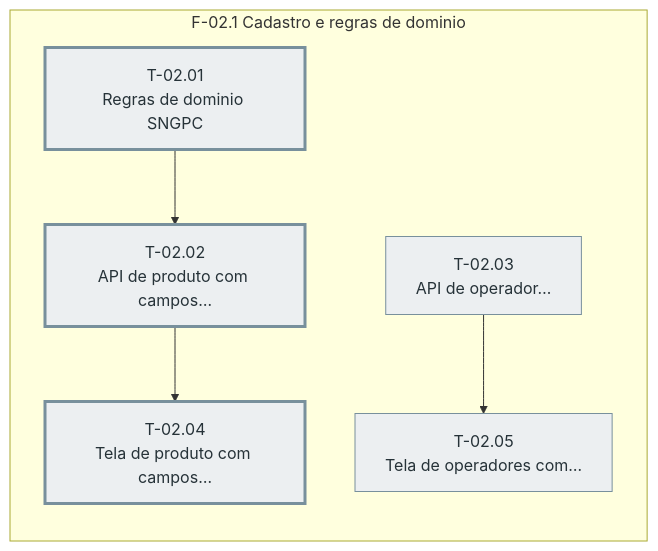
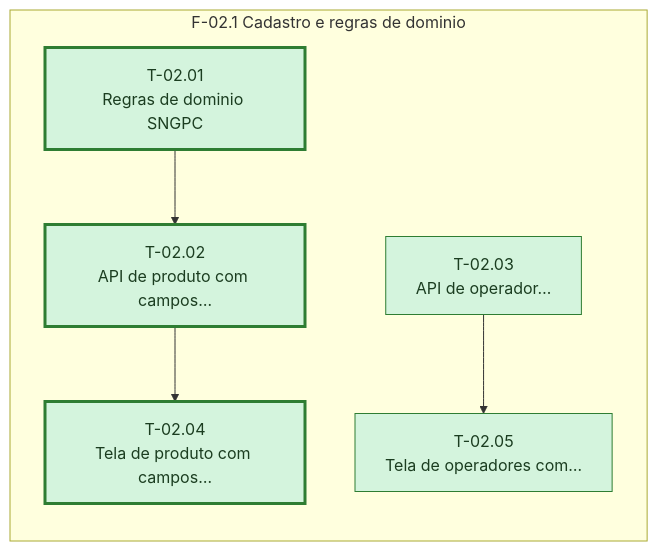
The diagram in docs/sprintx/features/farmacia-controlados/sprint-02/tasks.md (jonathasGodinho/jgsistemas-PDV), drawn with Mermaid before and after one commit. The commit also changed other lines of this file and 10 other files, not shown here.

````diff
--- a/docs/sprintx/features/farmacia-controlados/sprint-02/tasks.md
+++ b/docs/sprintx/features/farmacia-controlados/sprint-02/tasks.md
@@ -132,25 +132,25 @@
 ```mermaid
 %% Grafo de tasks — sprint-02 — gerado pela sprintx a partir deste arquivo
 flowchart LR
   subgraph fase_02_1["F-02.1 Cadastro e regras de dominio"]
     T_02_01["T-02.01<br/>Regras de dominio SNGPC"]
     T_02_02["T-02.02<br/>API de produto com campos…"]
     T_02_03["T-02.03<br/>API de operador…"]
     T_02_04["T-02.04<br/>Tela de produto com campos…"]
     T_02_05["T-02.05<br/>Tela de operadores com…"]
   end
   T_02_01 --> T_02_02
   T_02_02 --> T_02_04
   T_02_03 --> T_02_05
   classDef concluida fill:#d4f4dd,stroke:#2e7d32,color:#1b3d20
   classDef andamento fill:#fff3cd,stroke:#b8860b,color:#4a3800
   classDef bloqueada fill:#f8d7da,stroke:#c62828,color:#4a1d1f
   classDef pendente  fill:#eceff1,stroke:#78909c,color:#263238
   classDef critico   stroke-width:3px
-  class T_02_01 pendente
-  class T_02_02 pendente
-  class T_02_03 pendente
-  class T_02_04 pendente
-  class T_02_05 pendente
+  class T_02_01 concluida
+  class T_02_02 concluida
+  class T_02_03 concluida
+  class T_02_04 concluida
+  class T_02_05 concluida
   class T_02_01,T_02_02,T_02_04 critico
 ```
````
